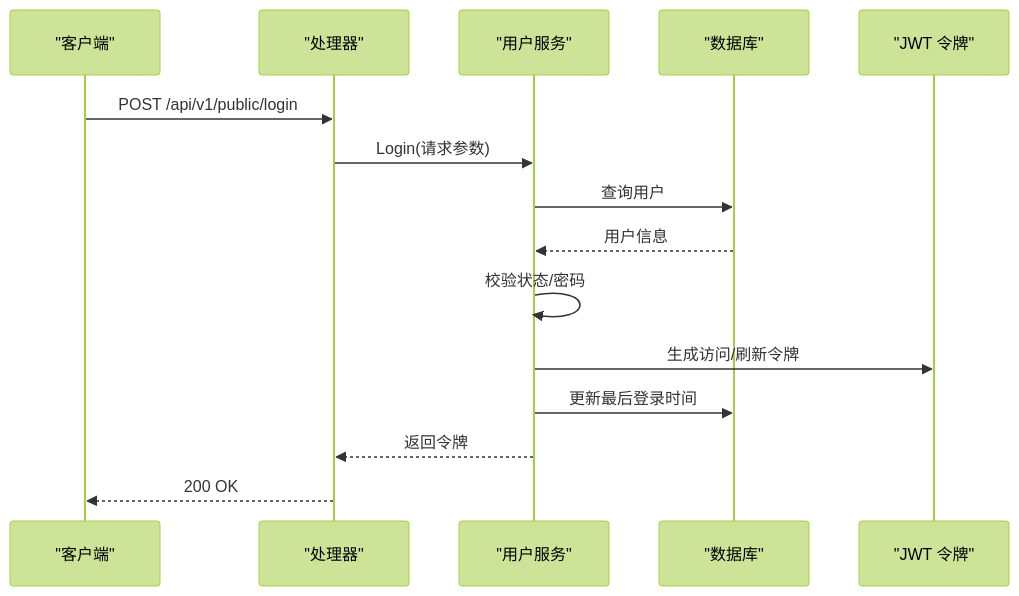
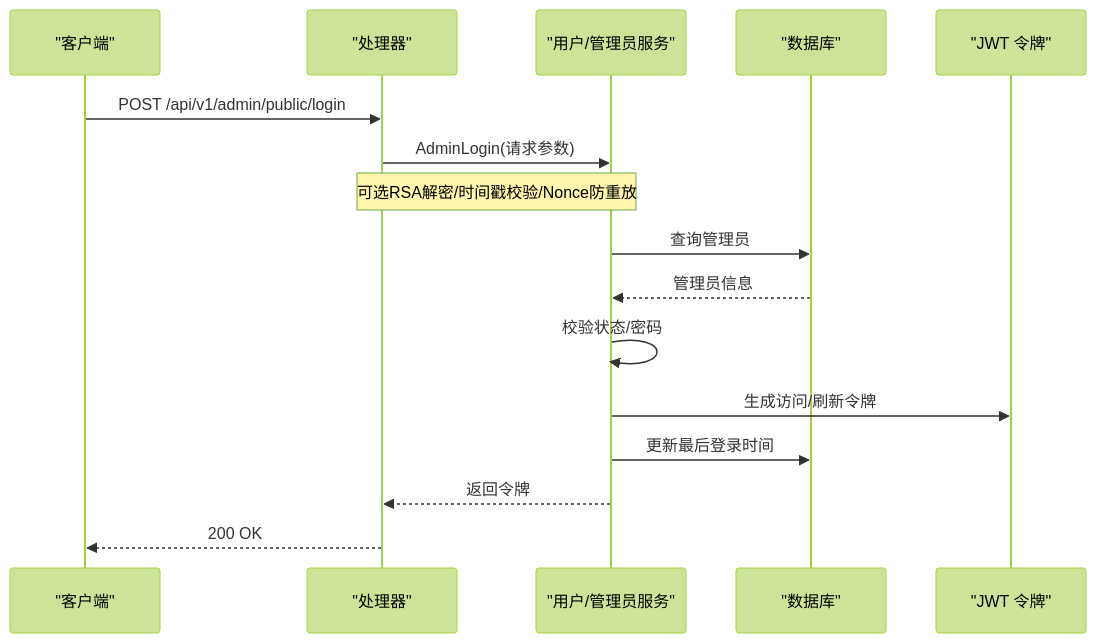
Before and after one commit to wuwuseo/e-sports-go-admin: the third of 7 diagrams in .qoder/repowiki/zh/content/核心模块/核心模块.md, drawn with Mermaid (forest theme). The commit also changed other lines of this file and 42 other files, not shown here.

````diff
--- a/.qoder/repowiki/zh/content/核心模块/核心模块.md
+++ b/.qoder/repowiki/zh/content/核心模块/核心模块.md
@@ -168,17 +196,18 @@
 ```mermaid
 sequenceDiagram
 participant Client as "客户端"
 participant Handler as "处理器"
-participant Svc as "用户服务"
+participant Svc as "用户/管理员服务"
 participant DB as "数据库"
 participant JWT as "JWT 令牌"
-Client->>Handler : POST /api/v1/public/login
-Handler->>Svc : Login(请求参数)
-Svc->>DB : 查询用户
-DB-->>Svc : 用户信息
+Client->>Handler : POST /api/v1/admin/public/login
+Handler->>Svc : AdminLogin(请求参数)
+Note over Handler,Svc : 可选RSA解密/时间戳校验/Nonce防重放
+Svc->>DB : 查询管理员
+DB-->>Svc : 管理员信息
 Svc->>Svc : 校验状态/密码
 Svc->>JWT : 生成访问/刷新令牌
 Svc->>DB : 更新最后登录时间
 Svc-->>Handler : 返回令牌
 Handler-->>Client : 200 OK
 ```
````
